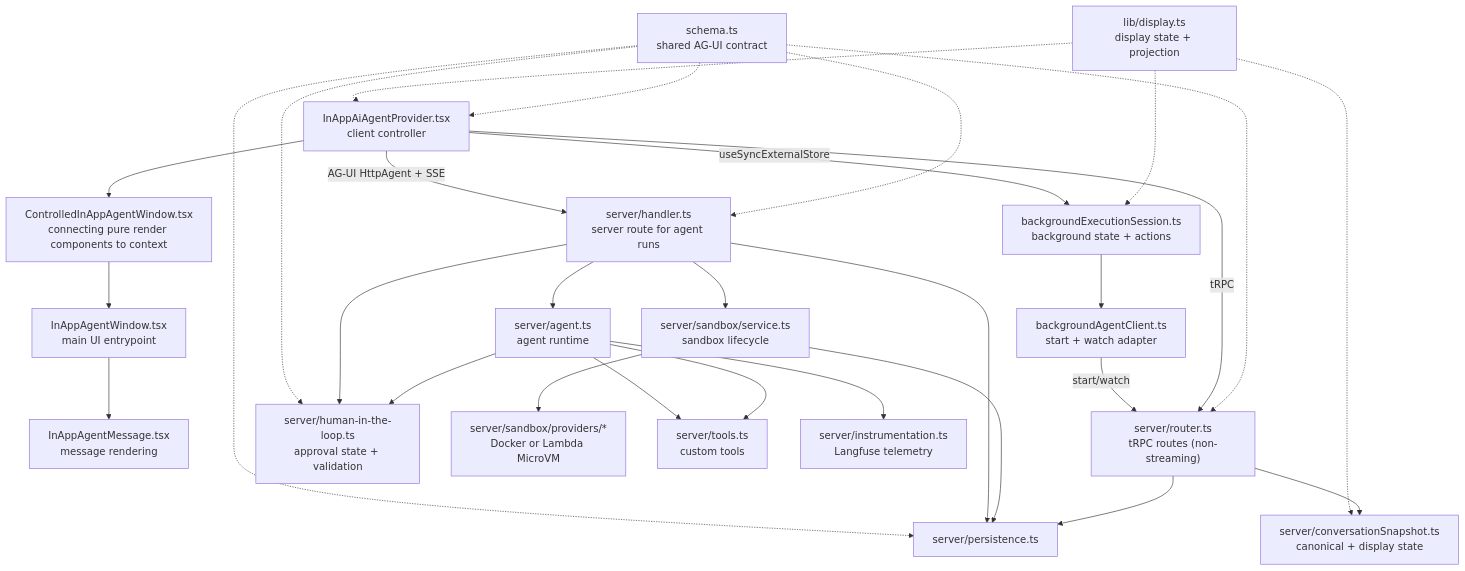
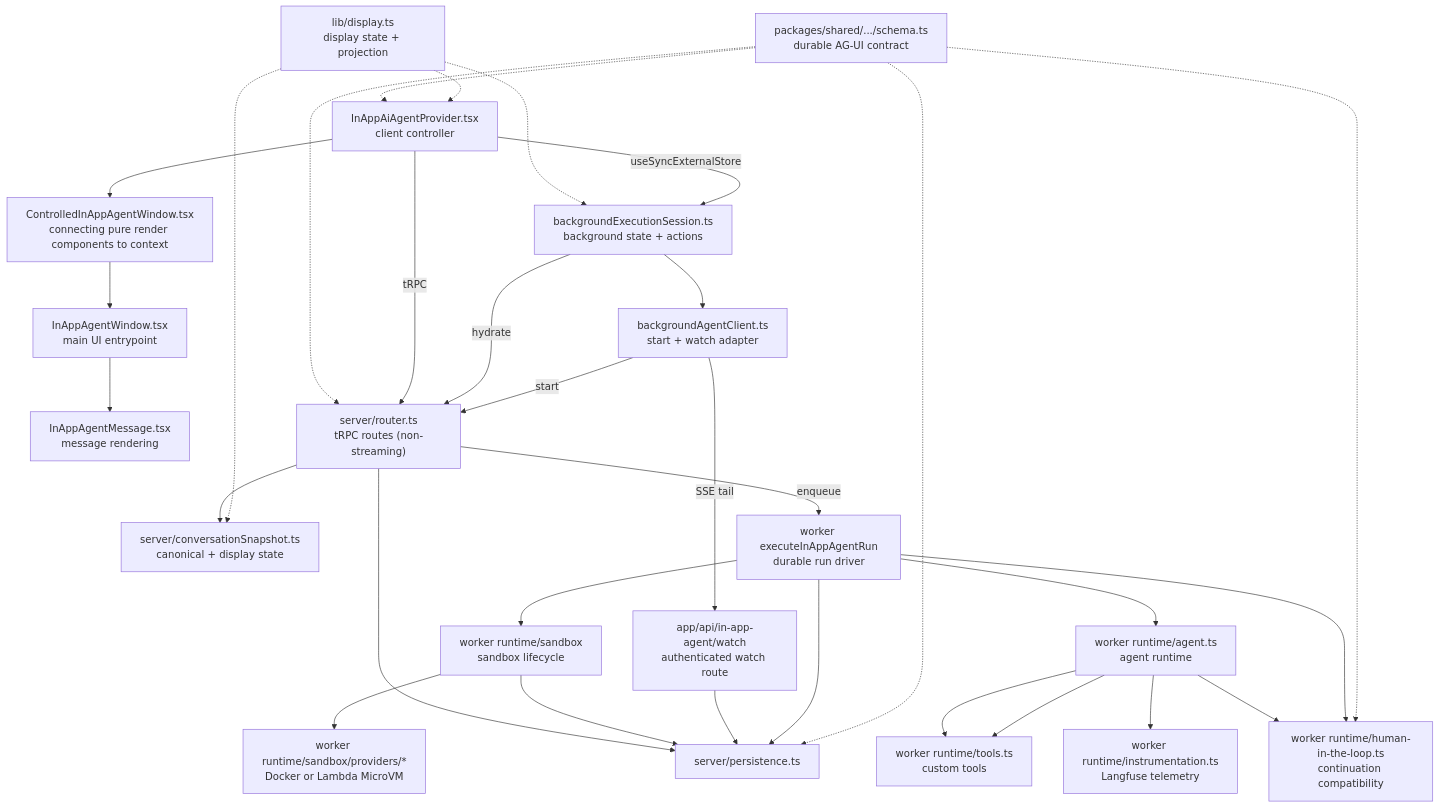
Before and after one commit to neubirdai/langfuse: the diagram in web/src/features/in-app-agent/README.md, drawn with Mermaid. The commit also changed other lines of this file and 3015 other files, not shown here.

````diff
--- a/web/src/features/in-app-agent/README.md
+++ b/web/src/features/in-app-agent/README.md
@@ -63,35 +65,37 @@
 ```mermaid
 flowchart TB
   Provider["InAppAiAgentProvider.tsx\nclient controller"]
   Provider --> Controlled["ControlledInAppAgentWindow.tsx\nconnecting pure render components to context"]
   Controlled --> Window["InAppAgentWindow.tsx\nmain UI entrypoint"]
   Window --> Message["InAppAgentMessage.tsx\nmessage rendering"]
 
-  Provider -->|AG-UI HttpAgent + SSE| Handler["server/handler.ts\nserver route for agent runs"]
   Provider -->|useSyncExternalStore| Session["backgroundExecutionSession.ts\nbackground state + actions"]
   Session --> BackgroundClient["backgroundAgentClient.ts\nstart + watch adapter"]
   Display["lib/display.ts\ndisplay state + projection"] -.-> Provider
   Display -.-> Session
   Display -.-> Snapshot["server/conversationSnapshot.ts\ncanonical + display state"]
   Router --> Snapshot
-  BackgroundClient -->|start/watch| Router
+  BackgroundClient -->|start| Router
+  Session -->|hydrate| Router
+  BackgroundClient -->|SSE tail| Watch["app/api/in-app-agent/watch\nauthenticated watch route"]
   Provider -->|tRPC| Router["server/router.ts\ntRPC routes (non-streaming)"]
 
-  Schema["schema.ts\nshared AG-UI contract"] -.-> Provider
-  Schema -.-> Handler
-  Schema -.-> HumanLoop["server/human-in-the-loop.ts\napproval state + validation"]
+  Schema["packages/shared/.../schema.ts\ndurable AG-UI contract"] -.-> Provider
+  Schema -.-> HumanLoop["worker runtime/human-in-the-loop.ts\ncontinuation compatibility"]
   Schema -.-> Router
   Schema -.-> Persistence["server/persistence.ts"]
 
-  Handler --> Persistence
-  Handler --> Sandbox["server/sandbox/service.ts\nsandbox lifecycle"]
-  Handler --> Agent["server/agent.ts\nagent runtime"]
-  Handler --> HumanLoop
+  Router -->|enqueue| Worker["worker executeInAppAgentRun\ndurable run driver"]
+  Worker --> Persistence
+  Worker --> Sandbox["worker runtime/sandbox\nsandbox lifecycle"]
+  Worker --> Agent["worker runtime/agent.ts\nagent runtime"]
+  Worker --> HumanLoop
+  Watch --> Persistence
   Sandbox --> Persistence
-  Sandbox --> Providers["server/sandbox/providers/*\nDocker or Lambda MicroVM"]
+  Sandbox --> Providers["worker runtime/sandbox/providers/*\nDocker or Lambda MicroVM"]
   Agent --> HumanLoop
-  Agent --> Tools["server/tools.ts\ncustom tools"]
+  Agent --> Tools["worker runtime/tools.ts\ncustom tools"]
   Agent --> Tools
-  Agent --> Instrumentation["server/instrumentation.ts\nLangfuse telemetry"]
+  Agent --> Instrumentation["worker runtime/instrumentation.ts\nLangfuse telemetry"]
   Router --> Persistence
 ```
````
